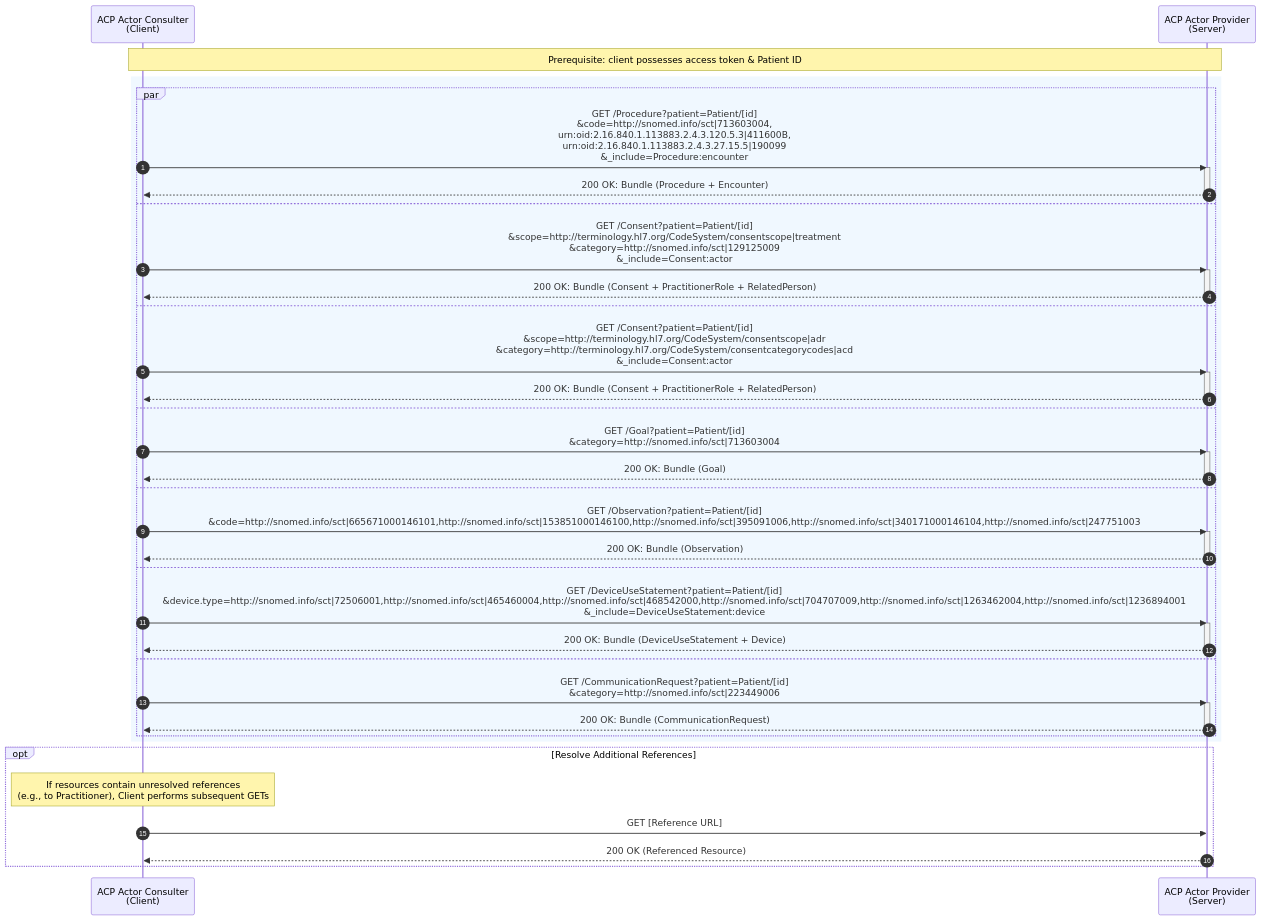
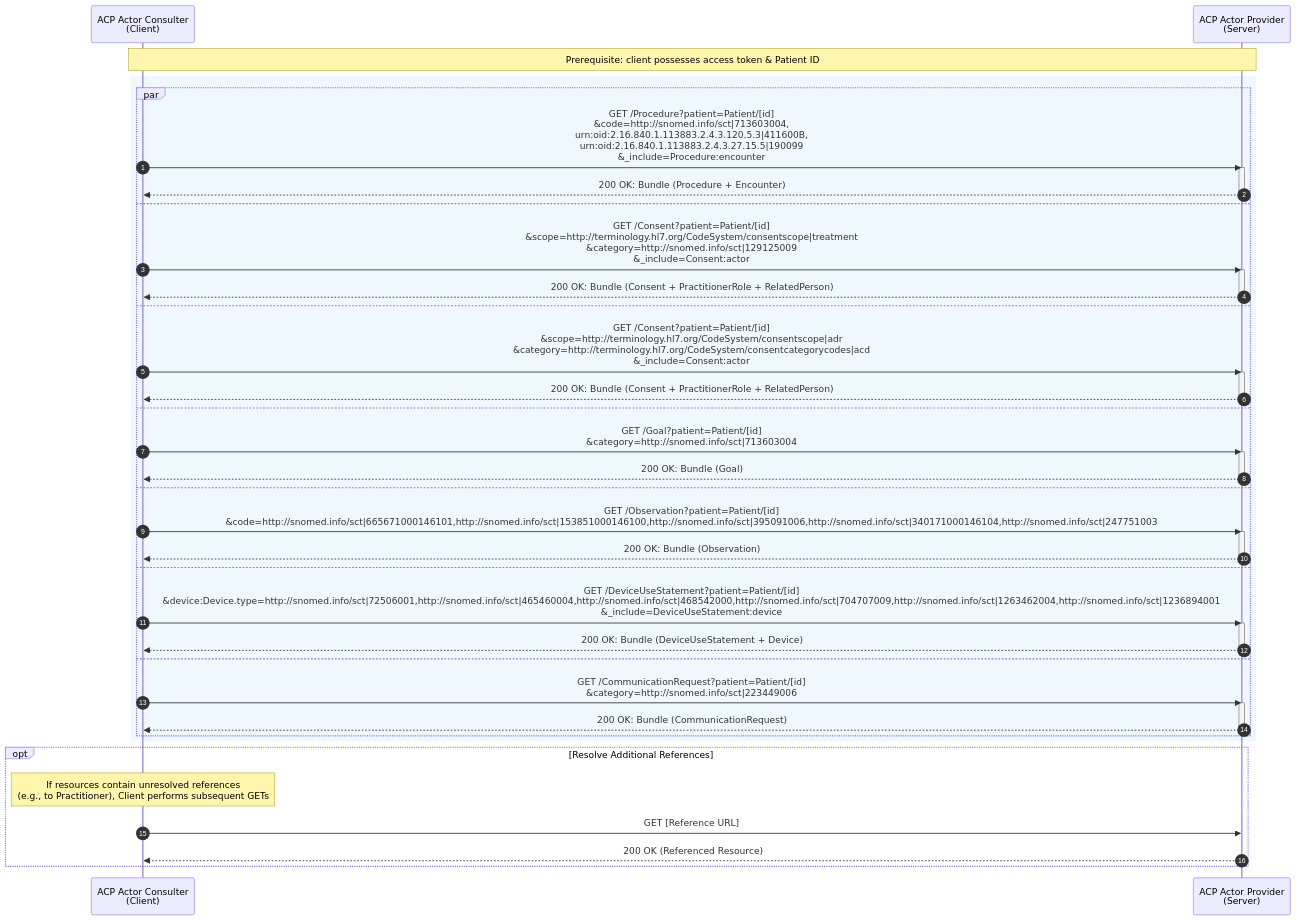
Before and after one commit to IKNL/PZP-FHIR-R4: the diagram in input/includes/fhir-data-exchange-individual-resources-mermaid-diagram.md, drawn with Mermaid. The commit also changed 1 other file, not shown here.

Commit message:
Updated communicationrequest, device query  and mermaid diagram

```diff
--- a/input/includes/fhir-data-exchange-individual-resources-mermaid-diagram.md
+++ b/input/includes/fhir-data-exchange-individual-resources-mermaid-diagram.md
@@ -1,63 +1,63 @@
 <div class="mermaid" style="height: 800px; overflow: visible;">
 
 sequenceDiagram
     autonumber
     participant C as ACP Actor Consulter<br>(Client)
     participant S as ACP Actor Provider<br>(Server)
 
     note over C, S: Prerequisite: client possesses access token & Patient ID
 
     rect rgb(240, 248, 255)
   
         par 
             %% 1. Procedures
             C->>S: GET /Procedure?patient=Patient/[id]<br>&code=http://snomed.info/sct|713603004,<br>urn:oid:2.16.840.1.113883.2.4.3.120.5.3|411600B,<br>urn:oid:2.16.840.1.113883.2.4.3.27.15.5|190099<br>&_include=Procedure:encounter
             activate S
             S-->>C: 200 OK: Bundle (Procedure + Encounter)
             deactivate S
         and
             %% 2. Consent (TreatmentDirective)
             C->>S: GET /Consent?patient=Patient/[id]<br>&scope=http://terminology.hl7.org/CodeSystem/consentscope|treatment<br>&category=http://snomed.info/sct|129125009<br>&_include=Consent:actor
             activate S
             S-->>C: 200 OK: Bundle (Consent + PractitionerRole + RelatedPerson)
             deactivate S
         and
             %% 3. Consent (AdvanceCareDirective)
             C->>S: GET /Consent?patient=Patient/[id]<br>&scope=http://terminology.hl7.org/CodeSystem/consentscope|adr<br>&category=http://terminology.hl7.org/CodeSystem/consentcategorycodes|acd<br>&_include=Consent:actor
             activate S
             S-->>C: 200 OK: Bundle (Consent + PractitionerRole + RelatedPerson)
             deactivate S
         and
             %% 4. Goals
             C->>S: GET /Goal?patient=Patient/[id]<br>&category=http://snomed.info/sct|713603004
             activate S
             S-->>C: 200 OK: Bundle (Goal)
             deactivate S
         and
             %% 5. Observations
             C->>S: GET /Observation?patient=Patient/[id]<br>&code=http://snomed.info/sct|665671000146101,http://snomed.info/sct|153851000146100,http://snomed.info/sct|395091006,http://snomed.info/sct|340171000146104,http://snomed.info/sct|247751003
             activate S
             S-->>C: 200 OK: Bundle (Observation)
             deactivate S
         and
             %% 6. Devices
-            C->>S: GET /DeviceUseStatement?patient=Patient/[id]<br>&device.type=http://snomed.info/sct|72506001,http://snomed.info/sct|465460004,http://snomed.info/sct|468542000,http://snomed.info/sct|704707009,http://snomed.info/sct|1263462004,http://snomed.info/sct|1236894001<br>&_include=DeviceUseStatement:device
+            C->>S: GET /DeviceUseStatement?patient=Patient/[id]<br>&device:Device.type=http://snomed.info/sct|72506001,http://snomed.info/sct|465460004,http://snomed.info/sct|468542000,http://snomed.info/sct|704707009,http://snomed.info/sct|1263462004,http://snomed.info/sct|1236894001<br>&_include=DeviceUseStatement:device
             activate S
             S-->>C: 200 OK: Bundle (DeviceUseStatement + Device)
             deactivate S
         and
             %% 7. CommunicationRequests
             C->>S: GET /CommunicationRequest?patient=Patient/[id]<br>&category=http://snomed.info/sct|223449006
             activate S
             S-->>C: 200 OK: Bundle (CommunicationRequest)
             deactivate S
         end
     end
 
     opt Resolve Additional References
         note over C: If resources contain unresolved references<br>(e.g., to Practitioner), Client performs subsequent GETs
         C->>S: GET [Reference URL]
         S-->>C: 200 OK (Referenced Resource)
     end
 
 </div>
```
